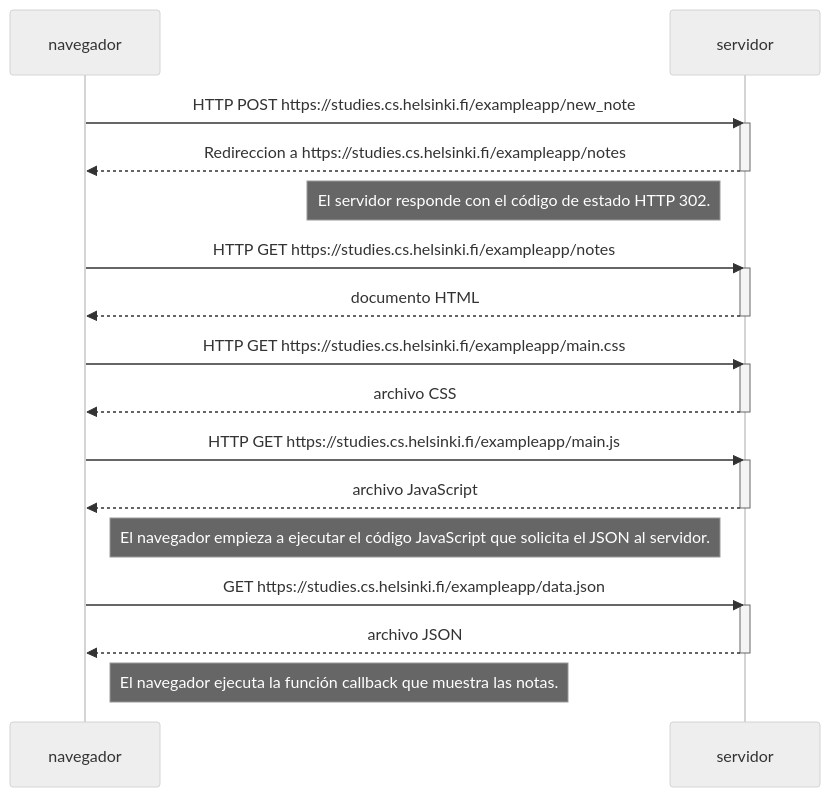
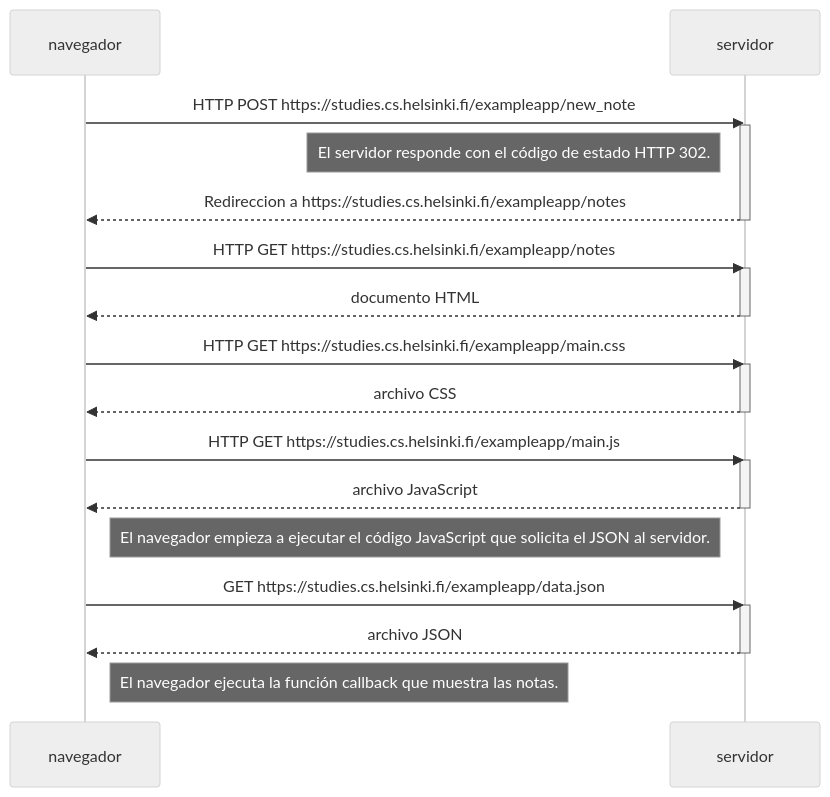
Before and after one commit to Ivoprescher/full-stack-open: the diagram in part0/04-nuevo-diagrama-de-nota.md, drawn with Mermaid (neutral theme).

Commit message:
Correccion Ejercicio 0.4

````diff
--- a/part0/04-nuevo-diagrama-de-nota.md
+++ b/part0/04-nuevo-diagrama-de-nota.md
@@ -1,35 +1,34 @@
 ```mermaid
     sequenceDiagram
     participant navegador
     participant servidor
 
     navegador->>servidor: HTTP POST https://studies.cs.helsinki.fi/exampleapp/new_note
     activate servidor
+    Note left of servidor: El servidor responde con el código de estado HTTP 302.
     servidor-->>navegador: Redireccion a https://studies.cs.helsinki.fi/exampleapp/notes
     deactivate servidor
-
-    Note left of servidor: El servidor responde con el código de estado HTTP 302.
 
     navegador->>servidor: HTTP GET https://studies.cs.helsinki.fi/exampleapp/notes
     activate servidor
     servidor-->>navegador: documento HTML
     deactivate servidor
 
     navegador->>servidor: HTTP GET https://studies.cs.helsinki.fi/exampleapp/main.css
     activate servidor
     servidor-->>navegador: archivo CSS
     deactivate servidor
 
     navegador->>servidor: HTTP GET https://studies.cs.helsinki.fi/exampleapp/main.js
     activate servidor
     servidor-->>navegador: archivo JavaScript
     deactivate servidor
     Note right of navegador: El navegador empieza a ejecutar el código JavaScript que solicita el JSON al servidor.
 
     navegador->>servidor: GET https://studies.cs.helsinki.fi/exampleapp/data.json
     activate servidor
     servidor-->>navegador: archivo JSON
     deactivate servidor
 
     Note right of navegador: El navegador ejecuta la función callback que muestra las notas.
 ```
````
